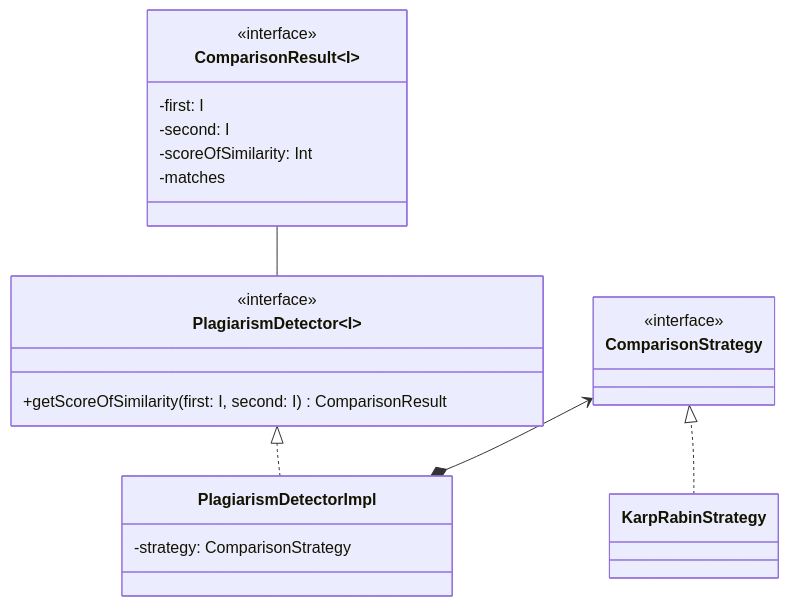
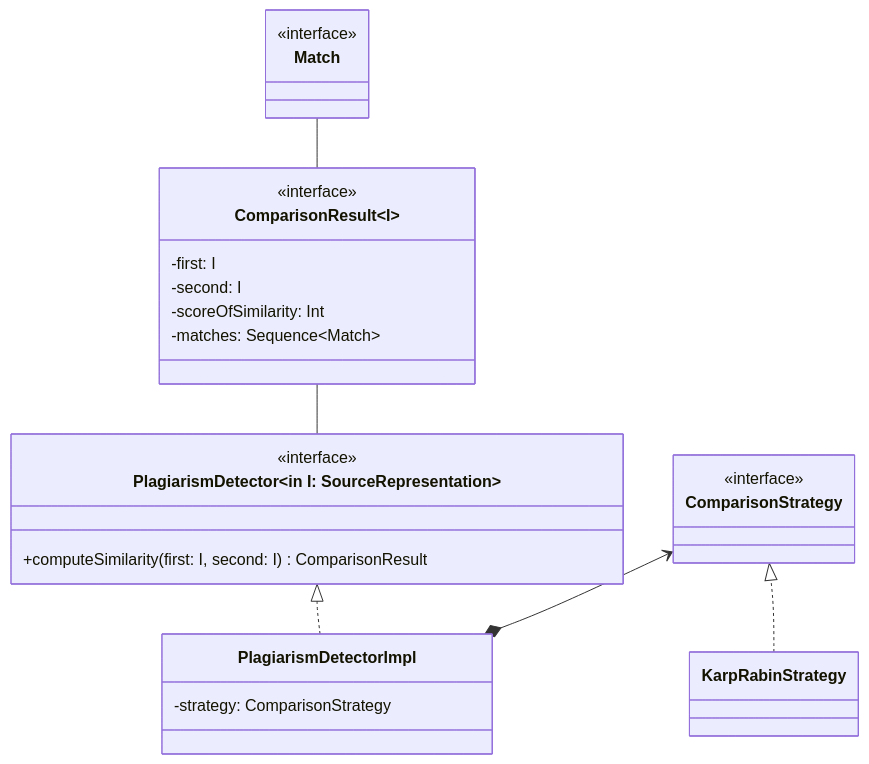
One commit to tassiLuca/code-plagiarism-detector-doc changed the tenth of 11 diagrams in doc.md. Above: the diagram before and after it, drawn with Mermaid. The commit also changed other lines of this file, not shown here.

Commit message:
added details

````diff
--- a/doc.md
+++ b/doc.md
@@ -365,30 +366,35 @@
 ```mermaid 
 classDiagram
     direction BT
-    class PlagiarismDetector~I~ {
+    class PlagiarismDetector~in I: SourceRepresentation~ {
         <<interface>>
-        +getScoreOfSimilarity(first: I, second: I) ComparisonResult
+        +computeSimilarity(first: I, second: I) ComparisonResult
     }
 
     class ComparisonResult~I~ {
         <<interface>>
         -first: I
         -second: I
         -scoreOfSimilarity: Int
-        -matches
+        -matches: Sequence~Match~
     }
     PlagiarismDetector -- ComparisonResult
+
+    class Match {
+        <<interface>>
+    }
+    ComparisonResult -- Match
 
     class PlagiarismDetectorImpl {
         -strategy: ComparisonStrategy
     }
     PlagiarismDetectorImpl ..|> PlagiarismDetector
 
     class ComparisonStrategy {
         <<interface>>
     }
     PlagiarismDetectorImpl *--> ComparisonStrategy
 
     class KarpRabinStrategy 
     KarpRabinStrategy ..|> ComparisonStrategy
 ```
````
